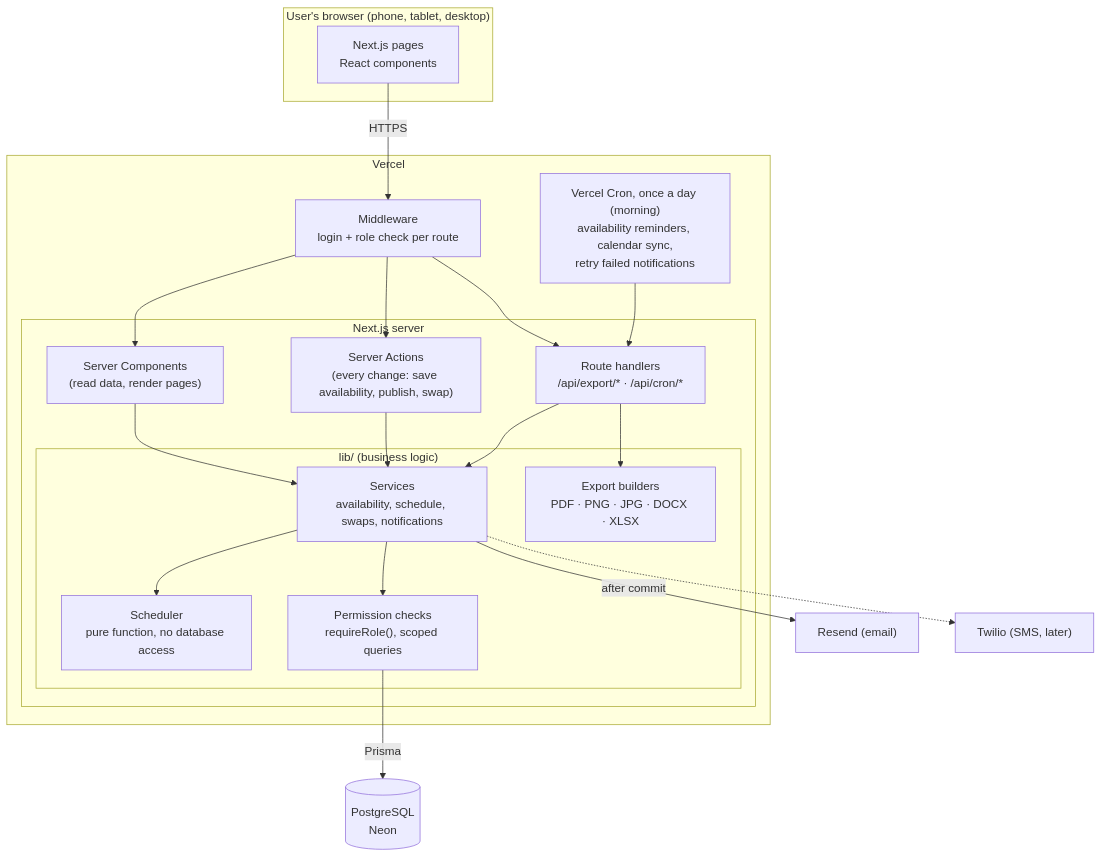
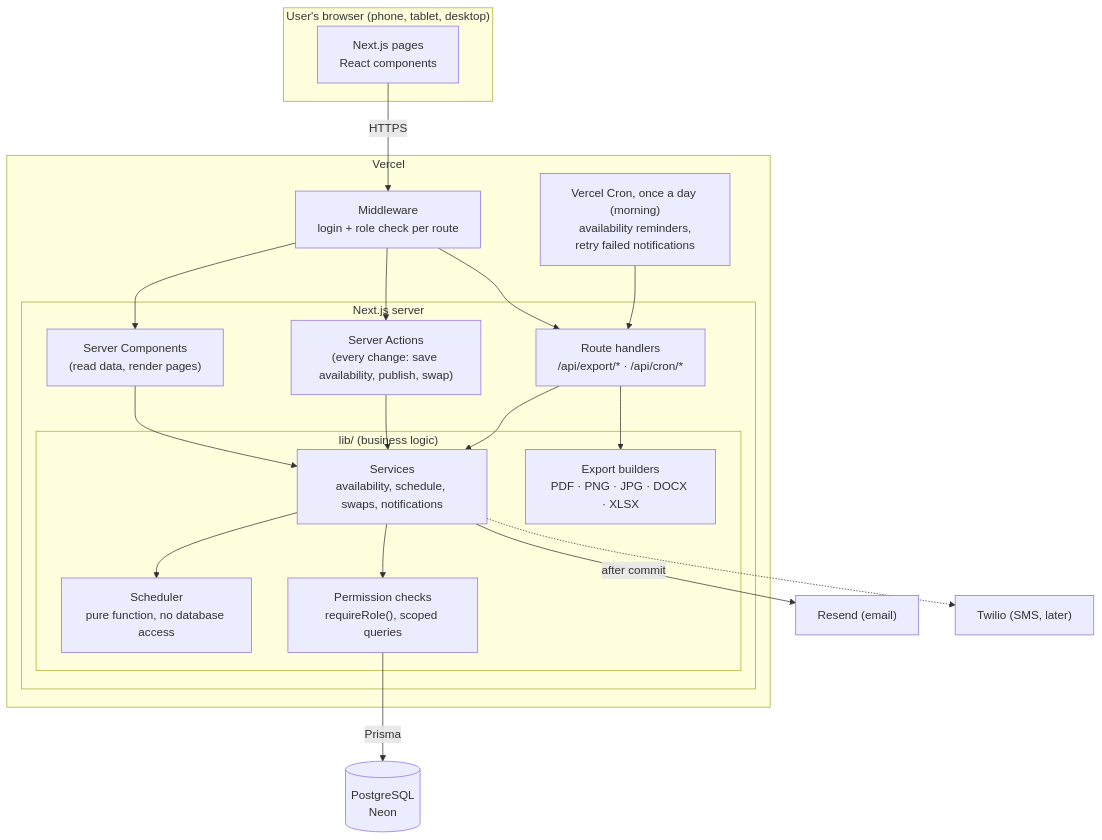
One commit to DebbieP20/teamvory changed the second of 4 diagrams in docs/architecture.md. Above: the diagram before and after it, drawn with Mermaid. The commit also changed other lines of this file and 6 other files, not shown here.

First line of the commit message:
Put calendar sync on hold pending client discussion

````diff
--- a/docs/architecture.md
+++ b/docs/architecture.md
@@ -34,41 +32,41 @@
 ```mermaid
 flowchart TB
     subgraph Client["User's browser (phone, tablet, desktop)"]
         UI["Next.js pages<br/>React components"]
     end
 
     subgraph Vercel["Vercel"]
         MW["Middleware<br/>login + role check per route"]
         subgraph App["Next.js server"]
             RSC["Server Components<br/>(read data, render pages)"]
             SA["Server Actions<br/>(every change: save availability, publish, swap)"]
             API["Route handlers<br/>/api/export/* · /api/cron/*"]
             subgraph Core["lib/ (business logic)"]
                 SVC["Services<br/>availability, schedule, swaps, notifications"]
                 SCH["Scheduler<br/>pure function, no database access"]
                 EXP["Export builders<br/>PDF · PNG · JPG · DOCX · XLSX"]
                 AUTHZ["Permission checks<br/>requireRole(), scoped queries"]
             end
         end
-        CRON["Vercel Cron, once a day (morning)<br/>availability reminders, calendar sync,<br/>retry failed notifications"]
+        CRON["Vercel Cron, once a day (morning)<br/>availability reminders,<br/>retry failed notifications"]
     end
 
     DB[("PostgreSQL<br/>Neon")]
     RES["Resend (email)"]
     TW["Twilio (SMS, later)"]
 
     UI -->|HTTPS| MW
     MW --> RSC
     MW --> SA
     MW --> API
     RSC --> SVC
     SA --> SVC
     API --> SVC
     API --> EXP
     SVC --> AUTHZ
     SVC --> SCH
     AUTHZ -->|Prisma| DB
     SVC -->|after commit| RES
     SVC -.-> TW
     CRON --> API
 ```
````
